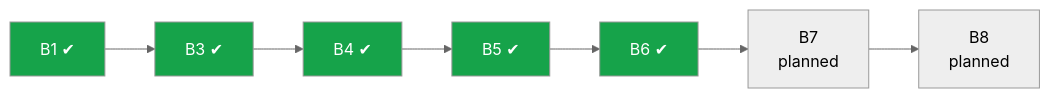
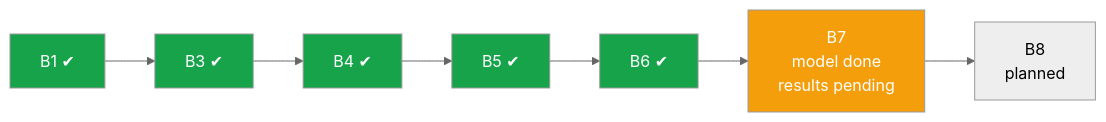
Diagram 29 of 29 in README.md (Abdo-Gamal/volleyball_project), drawn with Mermaid (neutral theme) before and after one commit. The commit also changed other lines of this file and 2 other files, not shown here.

````diff
--- a/README.md
+++ b/README.md
@@ -1212,9 +1524,10 @@
 ```mermaid
 flowchart LR
-    done1["B1 ✔"] --> done3["B3 ✔"] --> done4["B4 ✔"] --> done5["B5 ✔"] --> b6["B6 ✔"] --> b7["B7<br/>planned"] --> b8["B8<br/>planned"]
+    done1["B1 ✔"] --> done3["B3 ✔"] --> done4["B4 ✔"] --> done5["B5 ✔"] --> b6["B6 ✔"] --> b7["B7<br/>model done<br/>results pending"] --> b8["B8<br/>planned"]
     style done1 fill:#16a34a,color:#fff
     style done3 fill:#16a34a,color:#fff
     style done4 fill:#16a34a,color:#fff
     style done5 fill:#16a34a,color:#fff
     style b6 fill:#16a34a,color:#fff
+    style b7 fill:#f59e0b,color:#fff
 ```
````
